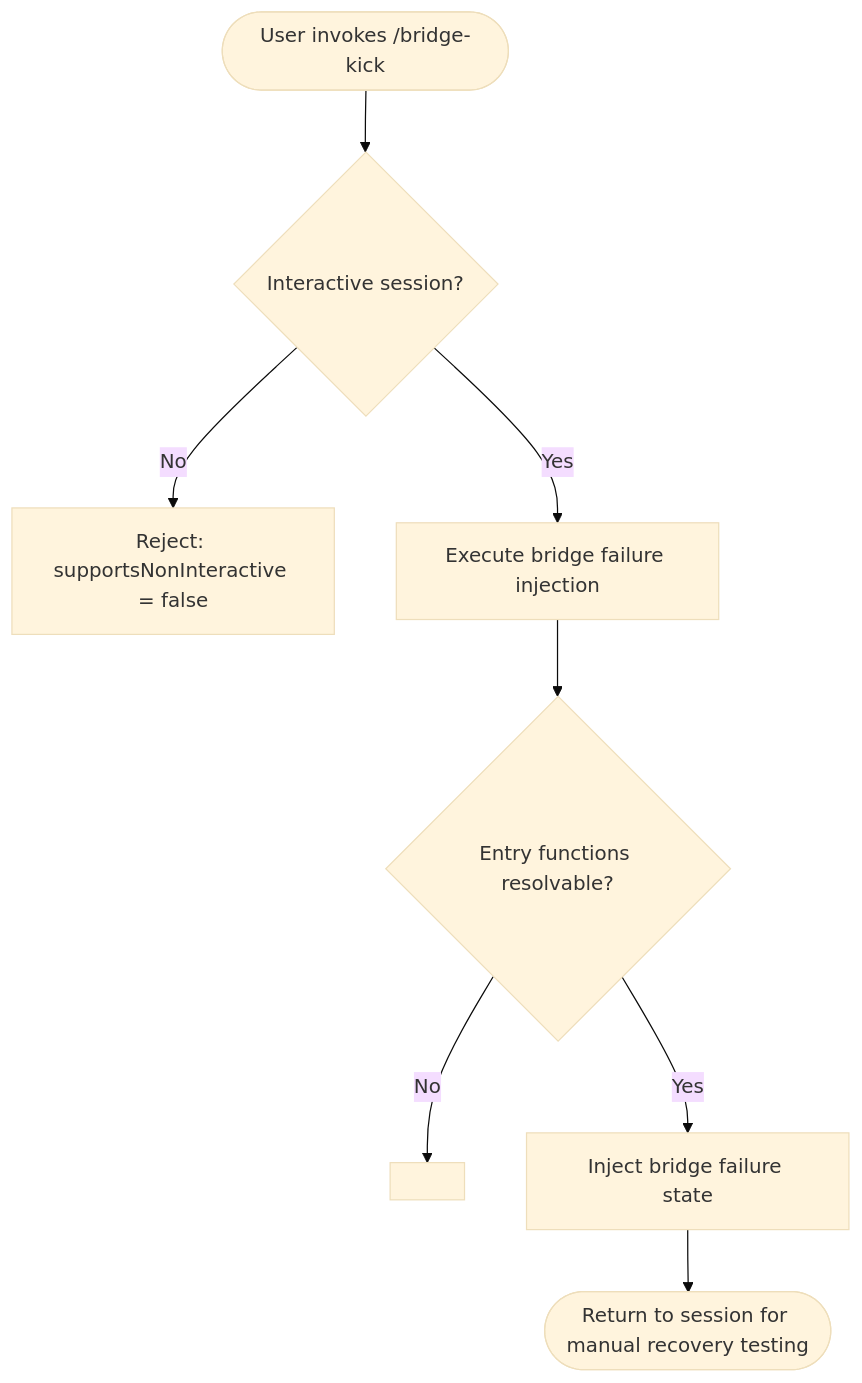
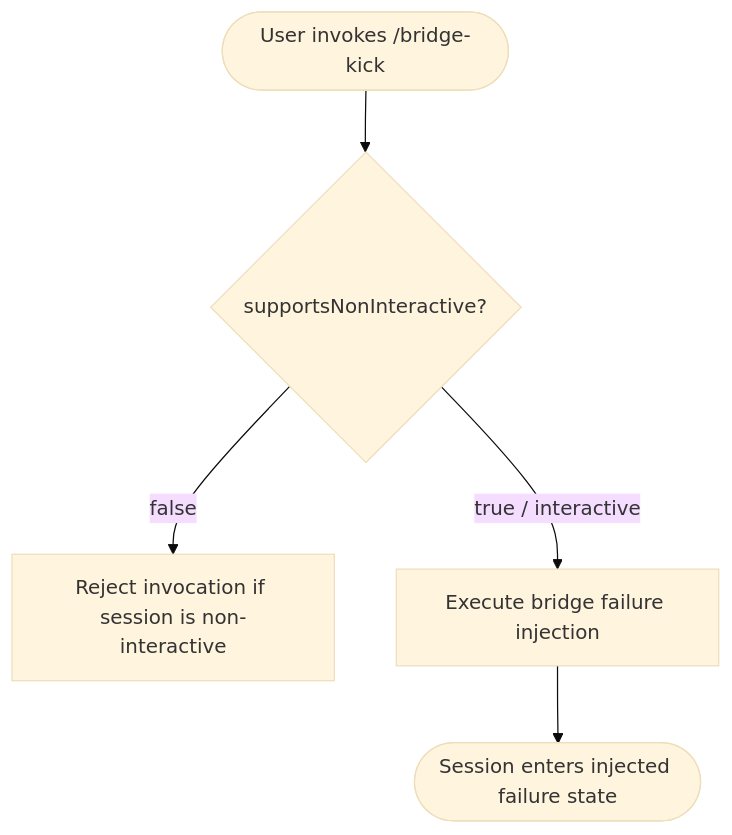
One commit to MyLittleLuckyDog/cc-gnothi changed the diagram in versions/v2.1.143/bridge-kick.md. Above: the diagram before and after it, drawn with Mermaid (base theme). The commit also changed other lines of this file and 87 other files, not shown here.

````diff
--- a/versions/v2.1.143/bridge-kick.md
+++ b/versions/v2.1.143/bridge-kick.md
@@ -50,10 +47,7 @@
 ```mermaid
 flowchart TD
-    A([User invokes /bridge-kick]) --> B{Interactive session?}
-    B -- No --> C[Reject: supportsNonInteractive = false]
-    B -- Yes --> D[Execute bridge failure injection]
-    D --> E{Entry functions resolvable?}
-    E -- No --> F[<!-- TODO: behavior not found in depth-2 traversal; needs --depth 4 -->]
-    E -- Yes --> G[Inject bridge failure state]
-    G --> H([Return to session for manual recovery testing])
+    A([User invokes /bridge-kick]) --> B{supportsNonInteractive?}
+    B -- false --> C[Reject invocation if session is non-interactive]
+    B -- true / interactive --> D[Execute bridge failure injection]
+    D --> E([Session enters injected failure state])
 ```
````
